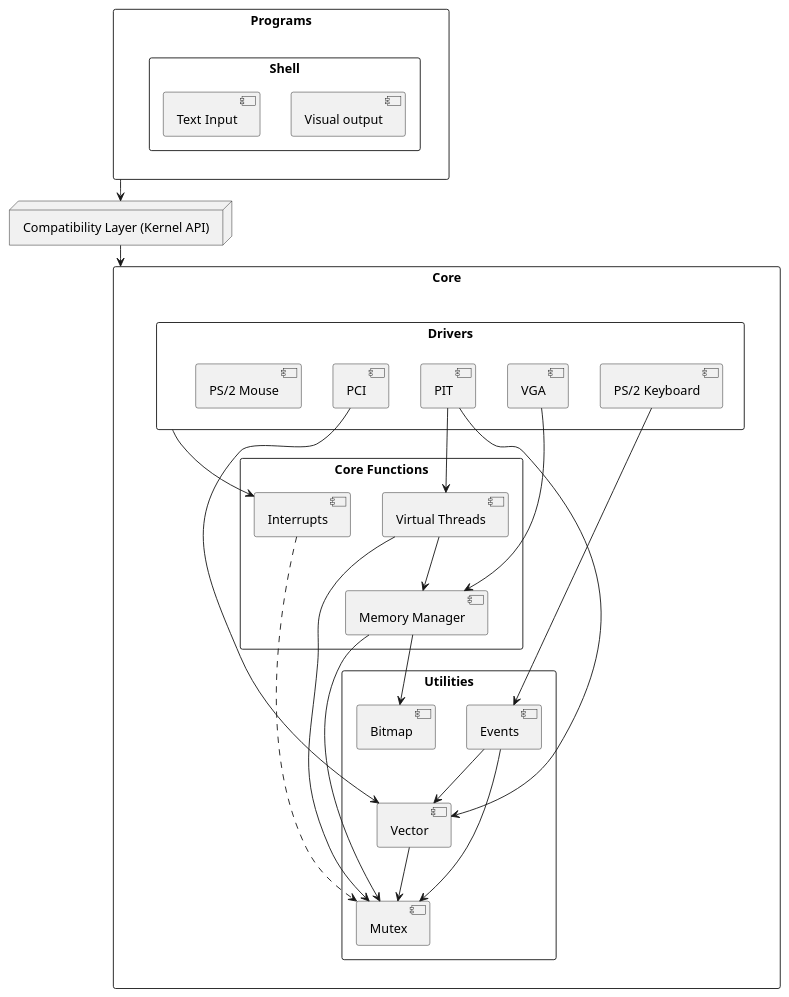
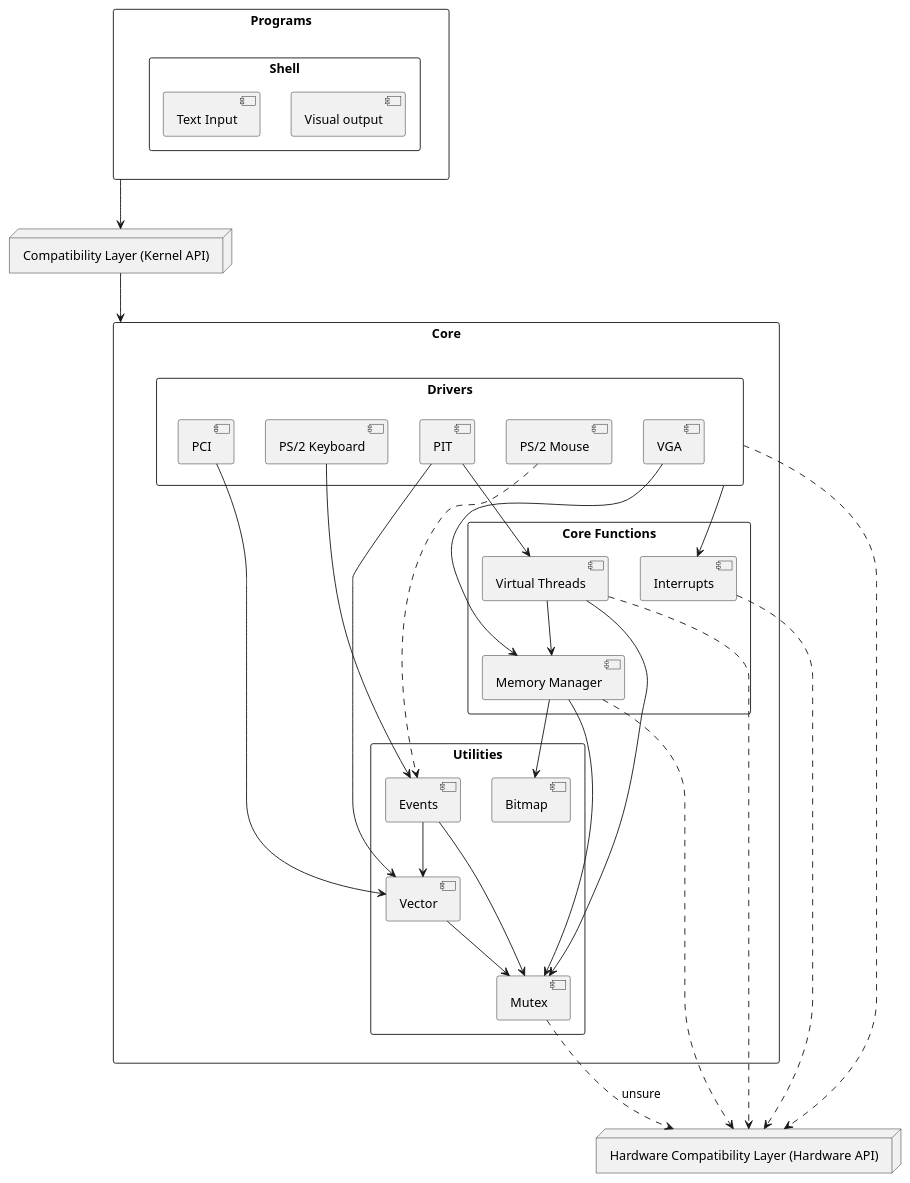
One commit to cactoes/virtual_reflections_os changed the diagram in docs/diagram.puml. Above: the diagram before and after it, drawn with PlantUML.

Commit message:
updated diagram

```diff
--- a/docs/diagram.puml
+++ b/docs/diagram.puml
@@ -1,59 +1,66 @@
 @startuml kernel diagram
-' skinparam linetype ortho
+
+node "Hardware Compatibility Layer (Hardware API)" as HWCL {
+}
 
 rectangle "Core" {
     rectangle "Drivers" {
         [PCI]
         [PIT]
         [VGA]
         [PS/2 Keyboard]
         [PS/2 Mouse]
     }
 
     rectangle "Core Functions" {
         [Virtual Threads]
         [Memory Manager]
         [Interrupts]
     }
 
     rectangle "Utilities" {
         [Vector]
         [Mutex]
         [Events]
         [Bitmap]
     }
 }
 
 [Virtual Threads] --> [Mutex]
 [Virtual Threads] --> [Memory Manager]
 
 [Memory Manager] --> [Bitmap]
 [Memory Manager] --> [Mutex]
 
-[Interrupts] ..> [Mutex]
-
 [Drivers] --> [Interrupts]
 [PCI] --> [Vector]
 [PIT] --> [Vector]
 [PIT] --> [Virtual Threads]
 [VGA] --> [Memory Manager]
 [PS/2 Keyboard] --> [Events]
+[PS/2 Mouse] ..> [Events]
 
 [Events] --> [Mutex]
 [Events] --> [Vector]
 [Vector] --> [Mutex]
 
 rectangle "Programs" {
     rectangle "Shell" {
         [Visual output]
         [Text Input]
     }
 }
 
 node "Compatibility Layer (Kernel API)" as CL {
 }
 
 Programs --> CL
 CL --> Core
 
+[Interrupts] ..> HWCL
+Drivers ..> HWCL
+[Memory Manager] ..> HWCL
+[Virtual Threads] ..> HWCL
+[Mutex] ..> HWCL : unsure
+
 @enduml
```
